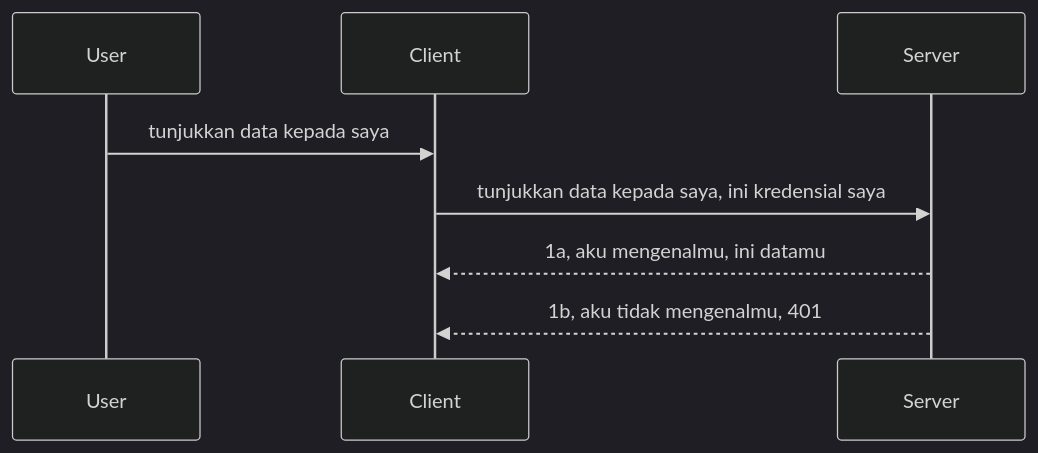
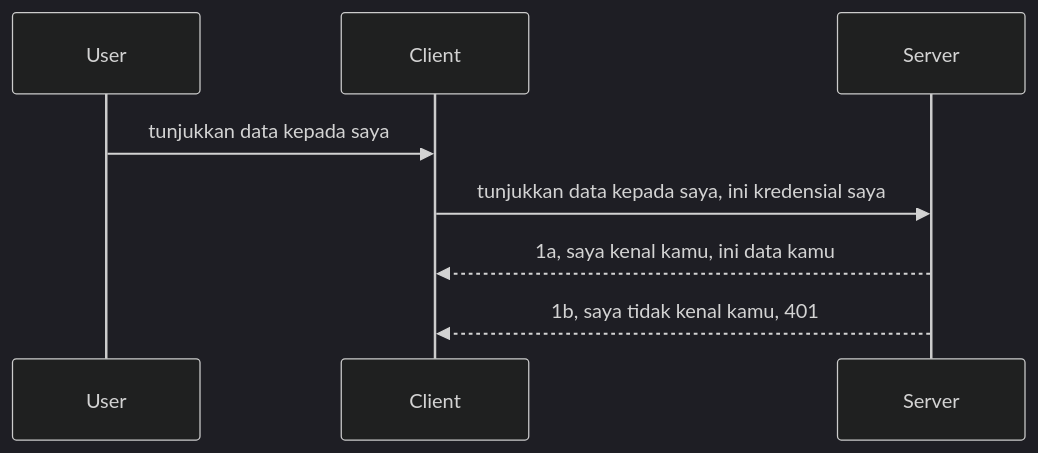
The diagram in mcp_ecosystem__model_context_protocol/mcp_learning_resources/mcp-for-beginners/translations/id/03-GettingStarted/11-simple-auth/README.md (HIDORAKAI002/ai-workspace-archive), drawn with Mermaid (dark theme) before and after one commit. The commit also changed other lines of this file and 1160 other files, not shown here.

````diff
--- a/mcp_ecosystem__model_context_protocol/mcp_learning_resources/mcp-for-beginners/translations/id/03-GettingStarted/11-simple-auth/README.md
+++ b/mcp_ecosystem__model_context_protocol/mcp_learning_resources/mcp-for-beginners/translations/id/03-GettingStarted/11-simple-auth/README.md
@@ -24,11 +24,11 @@
 ```mermaid
 sequenceDiagram
    participant User
    participant Client
    participant Server
 
    User->>Client: tunjukkan data kepada saya
    Client->>Server: tunjukkan data kepada saya, ini kredensial saya
-   Server-->>Client: 1a, aku mengenalmu, ini datamu
-   Server-->>Client: 1b, aku tidak mengenalmu, 401 
+   Server-->>Client: 1a, saya kenal kamu, ini data kamu
+   Server-->>Client: 1b, saya tidak kenal kamu, 401 
 ```
````
